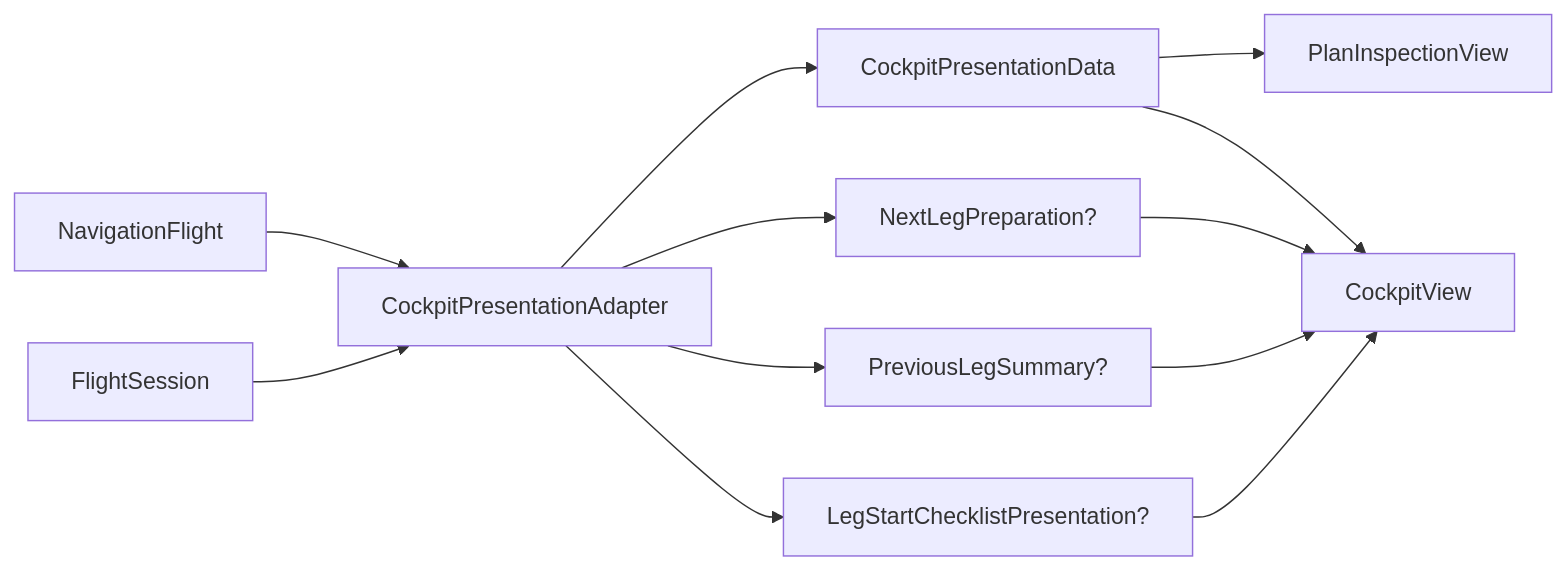
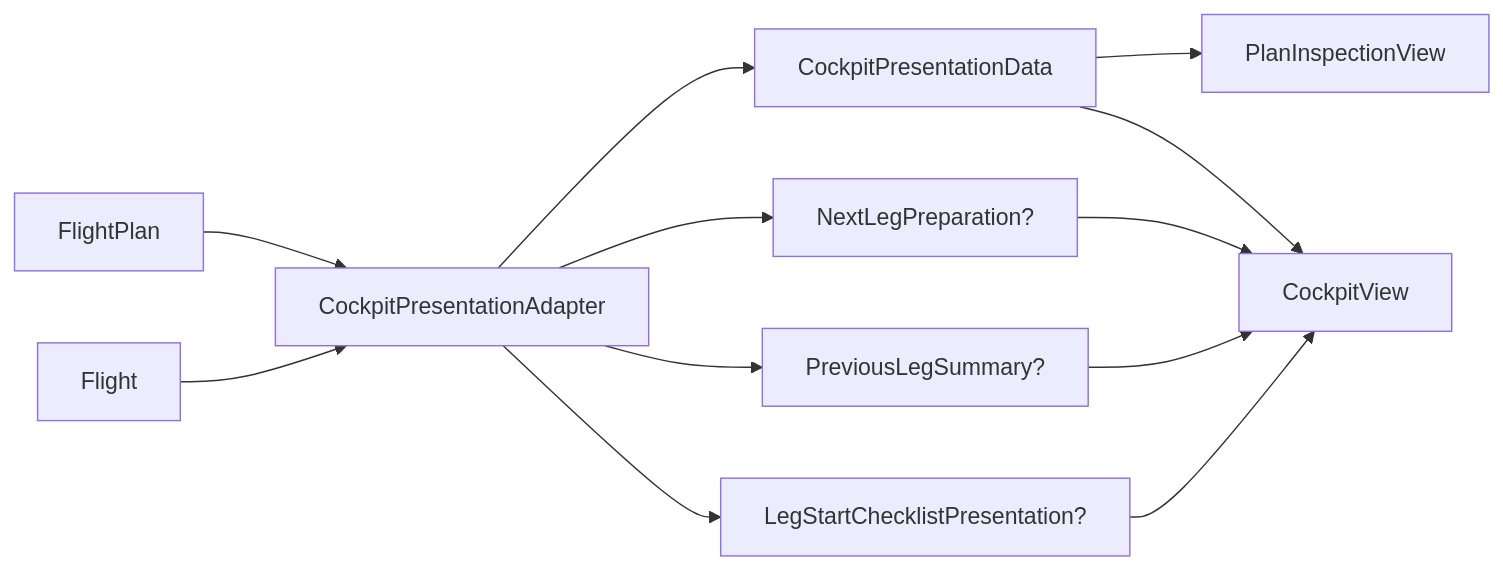
The diagram in docs/technical/COCKPIT-PRESENTATION-ADAPTER.md (johnbenz13/NavigationFlight), drawn with Mermaid before and after one commit. The commit also changed other lines of this file and 20 other files, not shown here.

Commit message:
Migrate Flight Plan and Flight terminology

````diff
--- a/docs/technical/COCKPIT-PRESENTATION-ADAPTER.md
+++ b/docs/technical/COCKPIT-PRESENTATION-ADAPTER.md
@@ -27,14 +27,14 @@
 ```mermaid
 flowchart LR
-    Flight[NavigationFlight] --> Adapter[CockpitPresentationAdapter]
-    Session[FlightSession] --> Adapter
+    FlightPlan[FlightPlan] --> Adapter[CockpitPresentationAdapter]
+    Session[Flight] --> Adapter
     Adapter --> Primary[CockpitPresentationData]
     Adapter --> Next[NextLegPreparation?]
     Adapter --> Previous[PreviousLegSummary?]
     Adapter --> Checklist[LegStartChecklistPresentation?]
     Primary --> Inspection[PlanInspectionView]
     Primary --> Cockpit[CockpitView]
     Next --> Cockpit
     Previous --> Cockpit
     Checklist --> Cockpit
 ```
````
